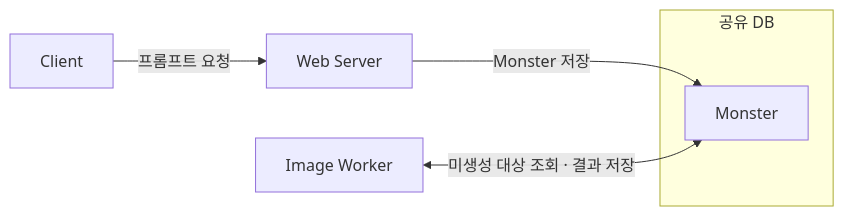
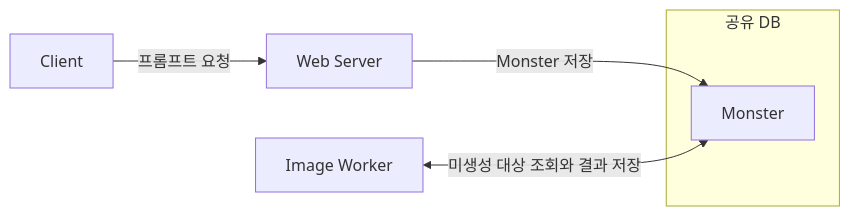
One commit to kangrae-jo/woowa-archive changed the first of 2 diagrams in technical-writing/blog-draft/01-problem.md. Above: the diagram before and after it, drawn with Mermaid. The commit also changed other lines of this file and 7 other files, not shown here.

````diff
--- a/technical-writing/blog-draft/01-problem.md
+++ b/technical-writing/blog-draft/01-problem.md
@@ -13,9 +13,9 @@
 ```mermaid
 flowchart LR
     client["Client"] -->|"프롬프트 요청"| web["Web Server"]
     subgraph sharedDb["공유 DB"]
         monster["Monster"]
     end
     web -->|"Monster 저장"| monster
-    worker["Image Worker"] <-->|"미생성 대상 조회 · 결과 저장"| monster
+    worker["Image Worker"] <-->|"미생성 대상 조회와 결과 저장"| monster
 ```
````
